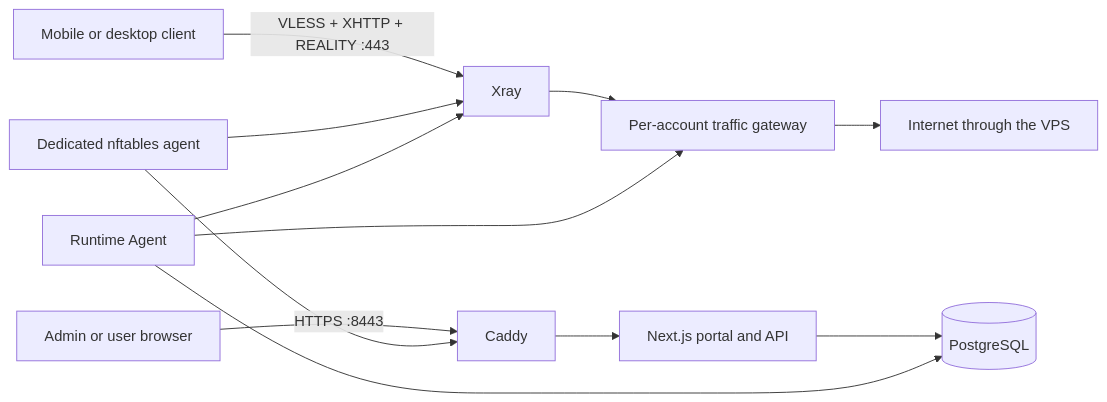
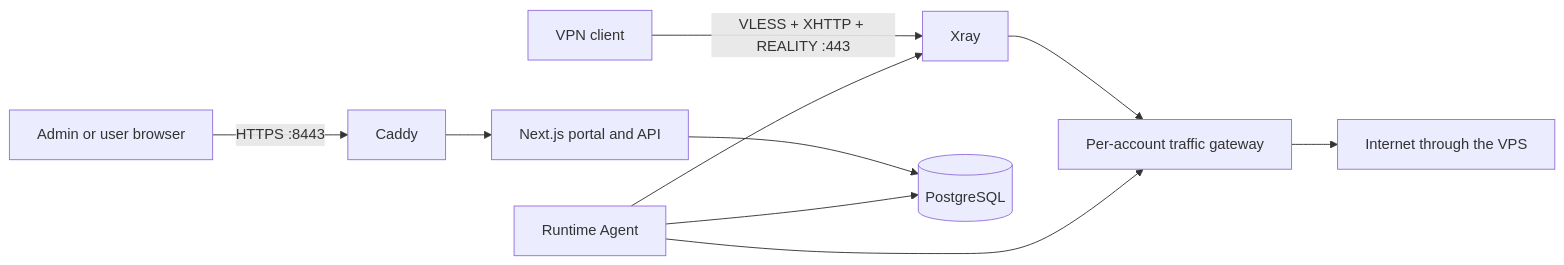
One commit to drslid/NoxRouteNeo changed the diagram in README.md. Above: the diagram before and after it, drawn with Mermaid. The commit also changed other lines of this file and 28 other files, not shown here.

````diff
--- a/README.md
+++ b/README.md
@@ -115,14 +105,12 @@
 ```mermaid
 flowchart LR
-  Phone[Mobile or desktop client] -->|VLESS + XHTTP + REALITY :443| Xray
+  Client[VPN client] -->|VLESS + XHTTP + REALITY :443| Xray
   Browser[Admin or user browser] -->|HTTPS :8443| Caddy
   Caddy --> Web[Next.js portal and API]
   Web --> DB[(PostgreSQL)]
   Xray --> Gateway[Per-account traffic gateway]
   Gateway --> Internet[Internet through the VPS]
-  Firewall[Dedicated nftables agent] --> Xray
-  Firewall --> Caddy
   Runtime[Runtime Agent] --> Xray
   Runtime --> DB
   Runtime --> Gateway
 ```
````
